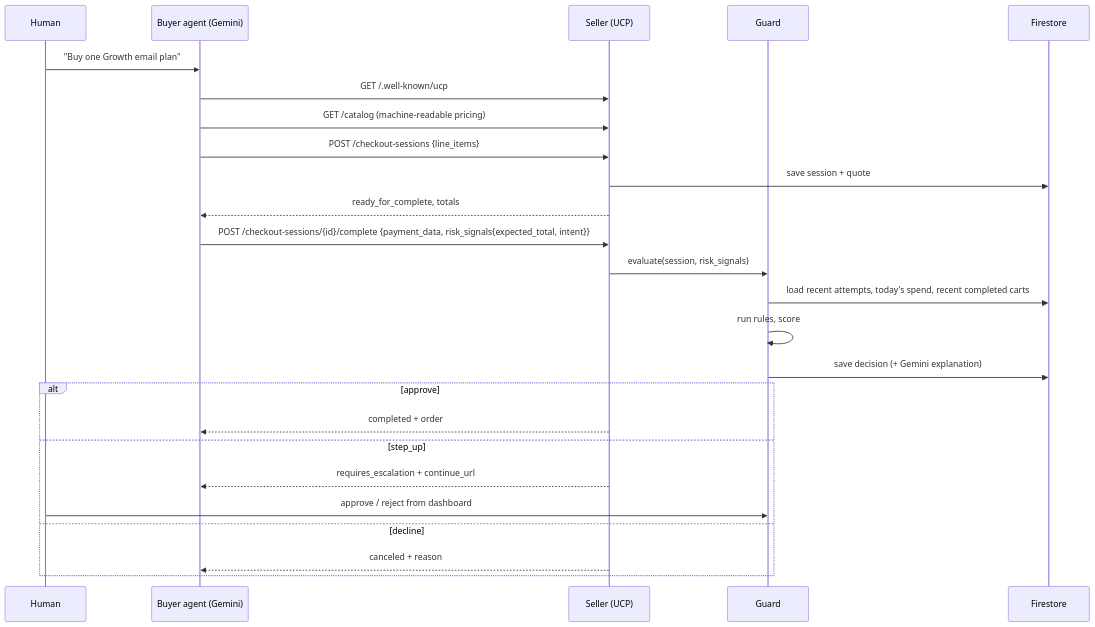
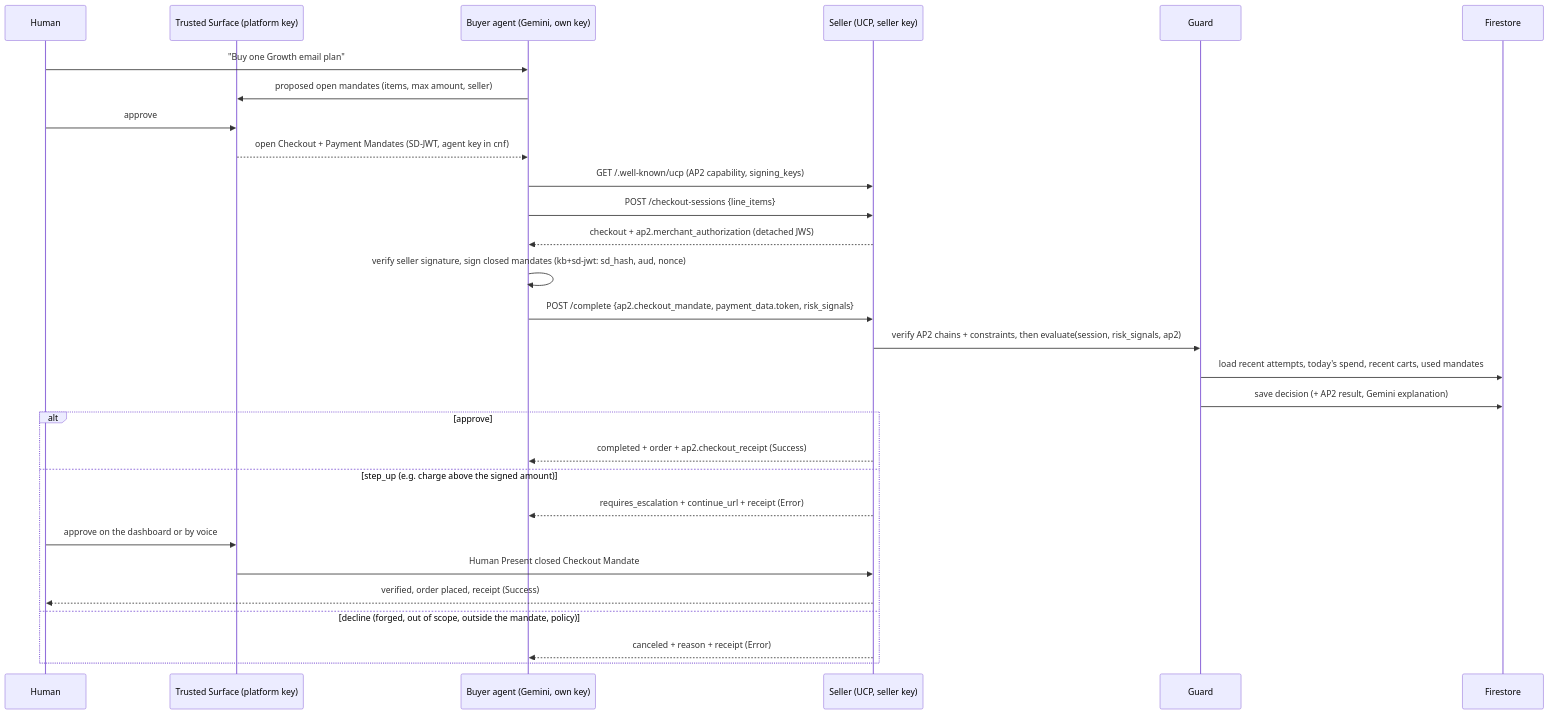
Before and after one commit to anishreddy3/agent-checkout-guard: the second of 3 diagrams in docs/architecture.md, drawn with Mermaid. The commit also changed other lines of this file and 20 other files, not shown here.

````diff
--- a/docs/architecture.md
+++ b/docs/architecture.md
@@ -35,27 +40,31 @@
 ```mermaid
 sequenceDiagram
   participant H as Human
-  participant A as Buyer agent (Gemini)
-  participant S as Seller (UCP)
+  participant T as Trusted Surface (platform key)
+  participant A as Buyer agent (Gemini, own key)
+  participant S as Seller (UCP, seller key)
   participant G as Guard
   participant F as Firestore
   H->>A: "Buy one Growth email plan"
-  A->>S: GET /.well-known/ucp
-  A->>S: GET /catalog (machine-readable pricing)
+  A->>T: proposed open mandates (items, max amount, seller)
+  H->>T: approve
+  T-->>A: open Checkout + Payment Mandates (SD-JWT, agent key in cnf)
+  A->>S: GET /.well-known/ucp (AP2 capability, signing_keys)
   A->>S: POST /checkout-sessions {line_items}
-  S->>F: save session + quote
-  S-->>A: ready_for_complete, totals
-  A->>S: POST /checkout-sessions/{id}/complete {payment_data, risk_signals{expected_total, intent}}
-  S->>G: evaluate(session, risk_signals)
-  G->>F: load recent attempts, today's spend, recent completed carts
-  G->>G: run rules, score
-  G->>F: save decision (+ Gemini explanation)
+  S-->>A: checkout + ap2.merchant_authorization (detached JWS)
+  A->>A: verify seller signature, sign closed mandates (kb+sd-jwt: sd_hash, aud, nonce)
+  A->>S: POST /complete {ap2.checkout_mandate, payment_data.token, risk_signals}
+  S->>G: verify AP2 chains + constraints, then evaluate(session, risk_signals, ap2)
+  G->>F: load recent attempts, today's spend, recent carts, used mandates
+  G->>F: save decision (+ AP2 result, Gemini explanation)
   alt approve
-    S-->>A: completed + order
-  else step_up
-    S-->>A: requires_escalation + continue_url
-    H->>G: approve / reject from dashboard
-  else decline
-    S-->>A: canceled + reason
+    S-->>A: completed + order + ap2.checkout_receipt (Success)
+  else step_up (e.g. charge above the signed amount)
+    S-->>A: requires_escalation + continue_url + receipt (Error)
+    H->>T: approve on the dashboard or by voice
+    T->>S: Human Present closed Checkout Mandate
+    S-->>H: verified, order placed, receipt (Success)
+  else decline (forged, out of scope, outside the mandate, policy)
+    S-->>A: canceled + reason + receipt (Error)
   end
 ```
````
